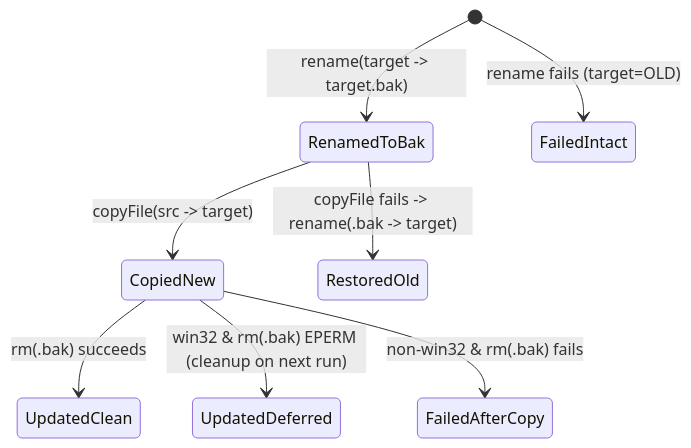
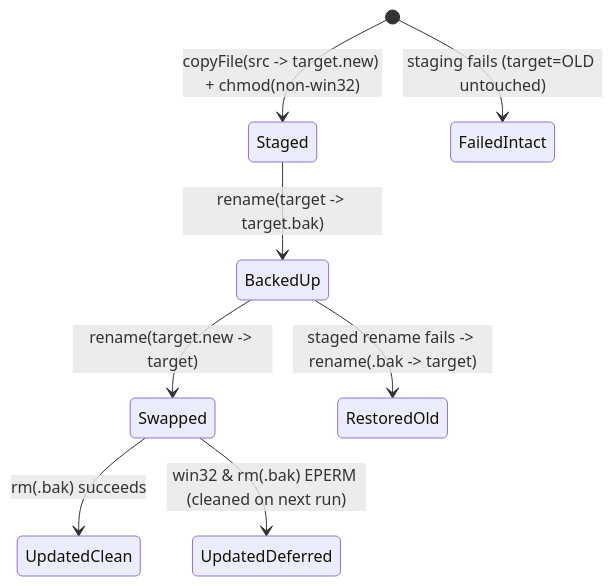
The first of 3 diagrams in .agents/skills/verify-windows-formal/SKILL.md (shawn-kim-ai/agent-slack), drawn with Mermaid before and after one commit. The commit also changed other lines of this file and 23 other files, not shown here.

````diff
--- a/.agents/skills/verify-windows-formal/SKILL.md
+++ b/.agents/skills/verify-windows-formal/SKILL.md
@@ -27,10 +27,10 @@
 ```mermaid
 stateDiagram-v2
-    [*] --> RenamedToBak: rename(target -> target.bak)
-    [*] --> FailedIntact: rename fails (target=OLD)
-    RenamedToBak --> CopiedNew: copyFile(src -> target)
-    RenamedToBak --> RestoredOld: copyFile fails -> rename(.bak -> target)
-    CopiedNew --> UpdatedClean: rm(.bak) succeeds
-    CopiedNew --> UpdatedDeferred: win32 & rm(.bak) EPERM (cleanup on next run)
-    CopiedNew --> FailedAfterCopy: non-win32 & rm(.bak) fails
+    [*] --> Staged: copyFile(src -> target.new) + chmod(non-win32)
+    [*] --> FailedIntact: staging fails (target=OLD untouched)
+    Staged --> BackedUp: rename(target -> target.bak)
+    BackedUp --> Swapped: rename(target.new -> target)
+    BackedUp --> RestoredOld: staged rename fails -> rename(.bak -> target)
+    Swapped --> UpdatedClean: rm(.bak) succeeds
+    Swapped --> UpdatedDeferred: win32 & rm(.bak) EPERM (cleaned on next run)
 ```
````
